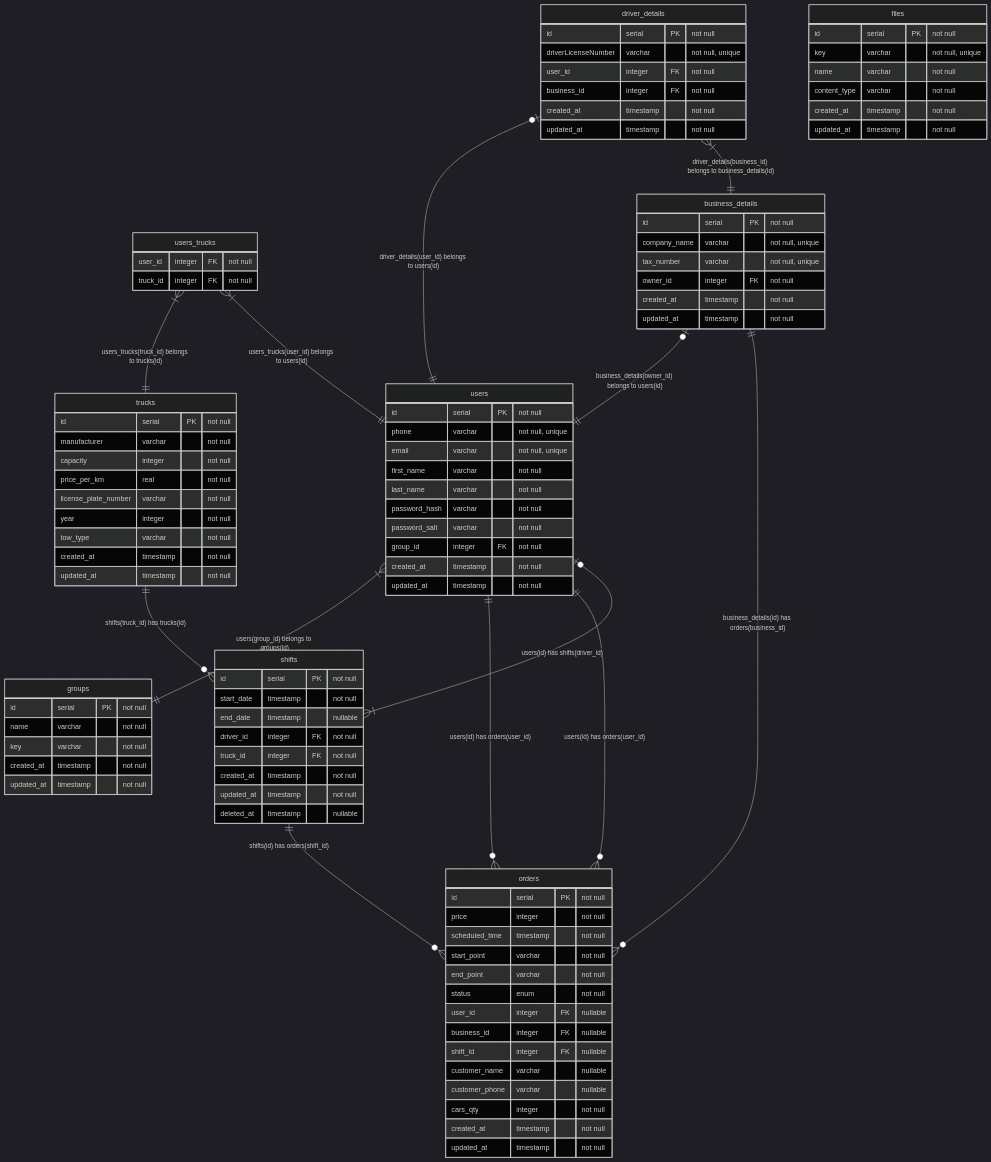
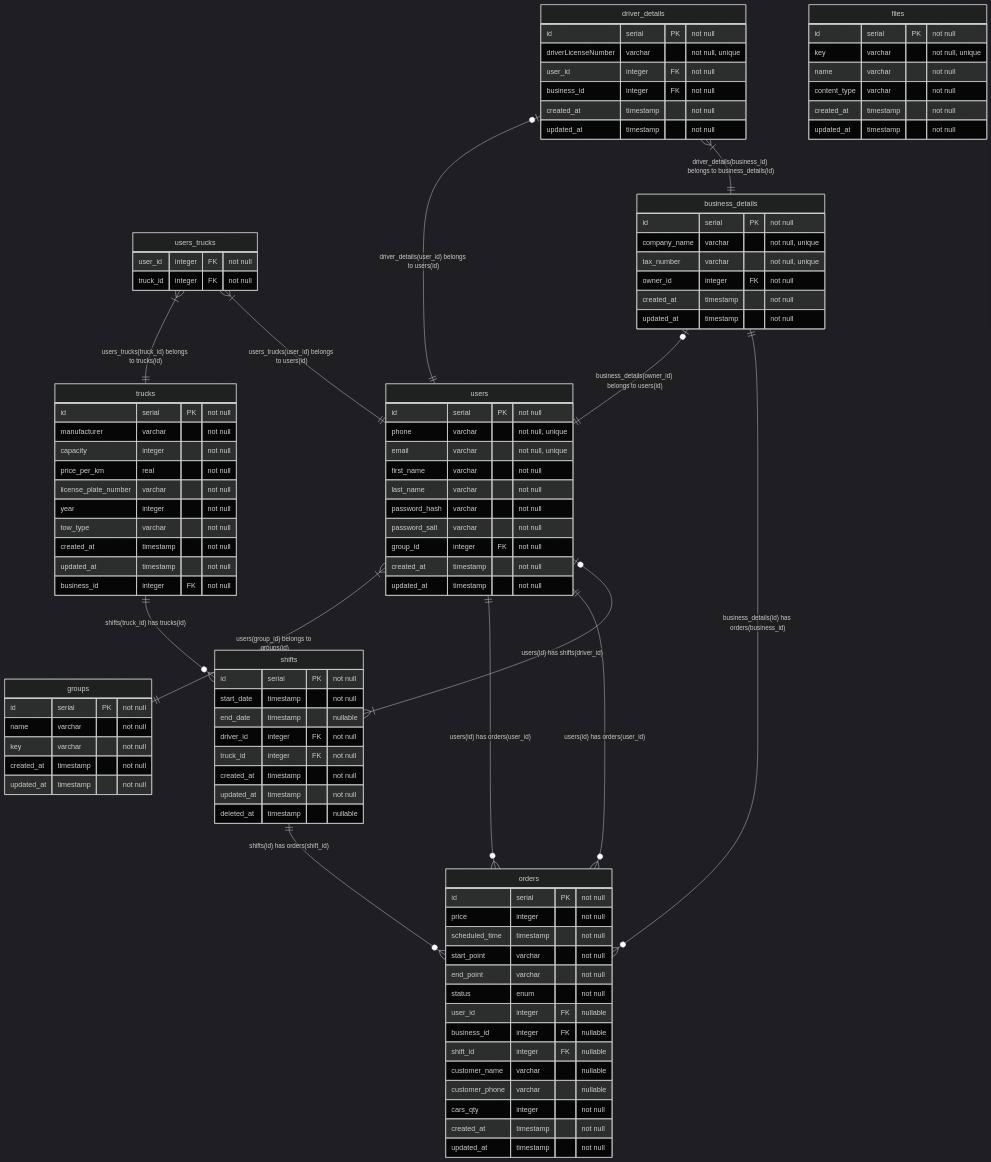
One commit to BinaryStudioAcademy/bsa-2023-towhub changed the diagram in readme.md. Above: the diagram before and after it, drawn with Mermaid (dark theme). The commit also changed 53 other files, not shown here.

```diff
--- a/readme.md
+++ b/readme.md
@@ -87,6 +87,7 @@
         tow_type varchar "not null"
         created_at timestamp "not null"
         updated_at timestamp "not null"
+        business_id integer FK "not null"
     }
     business_details {
         id serial PK "not null"
```
